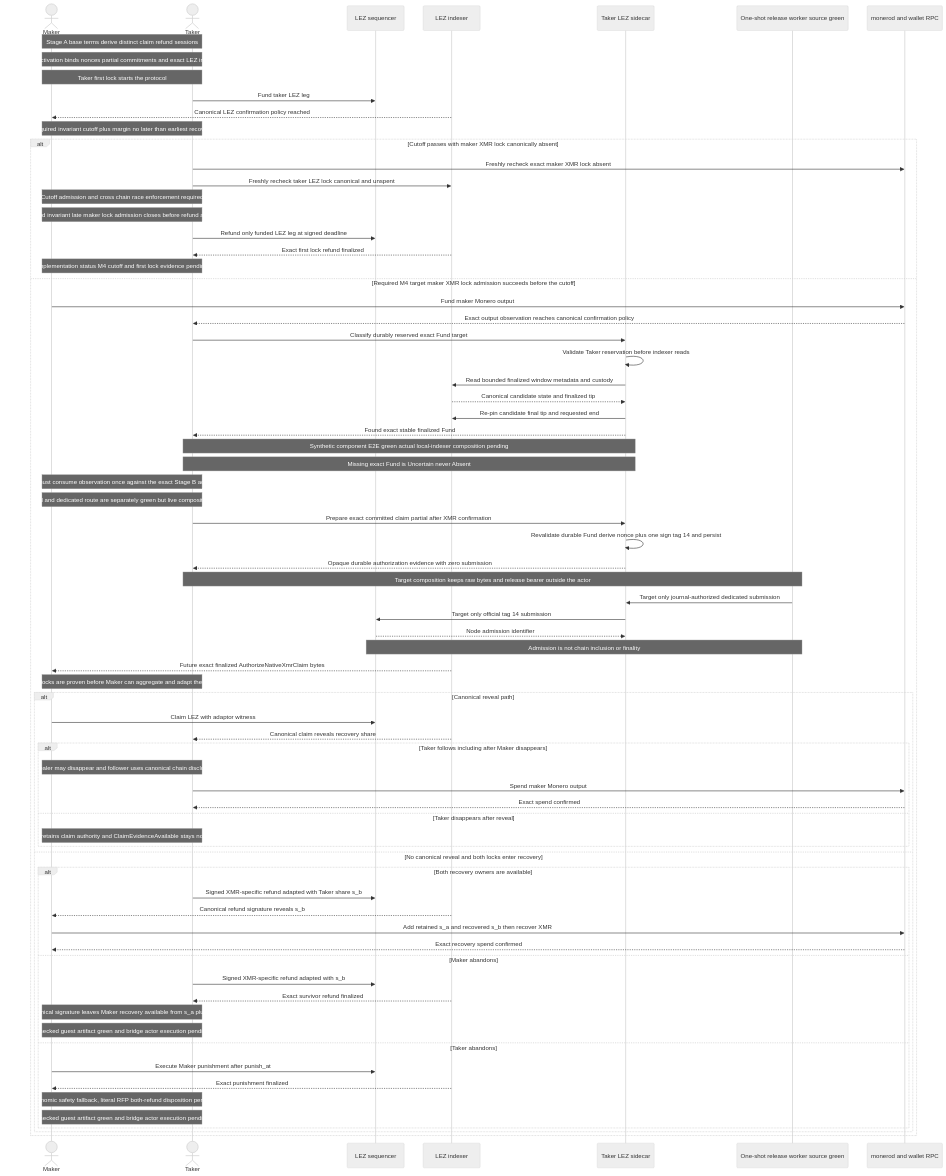
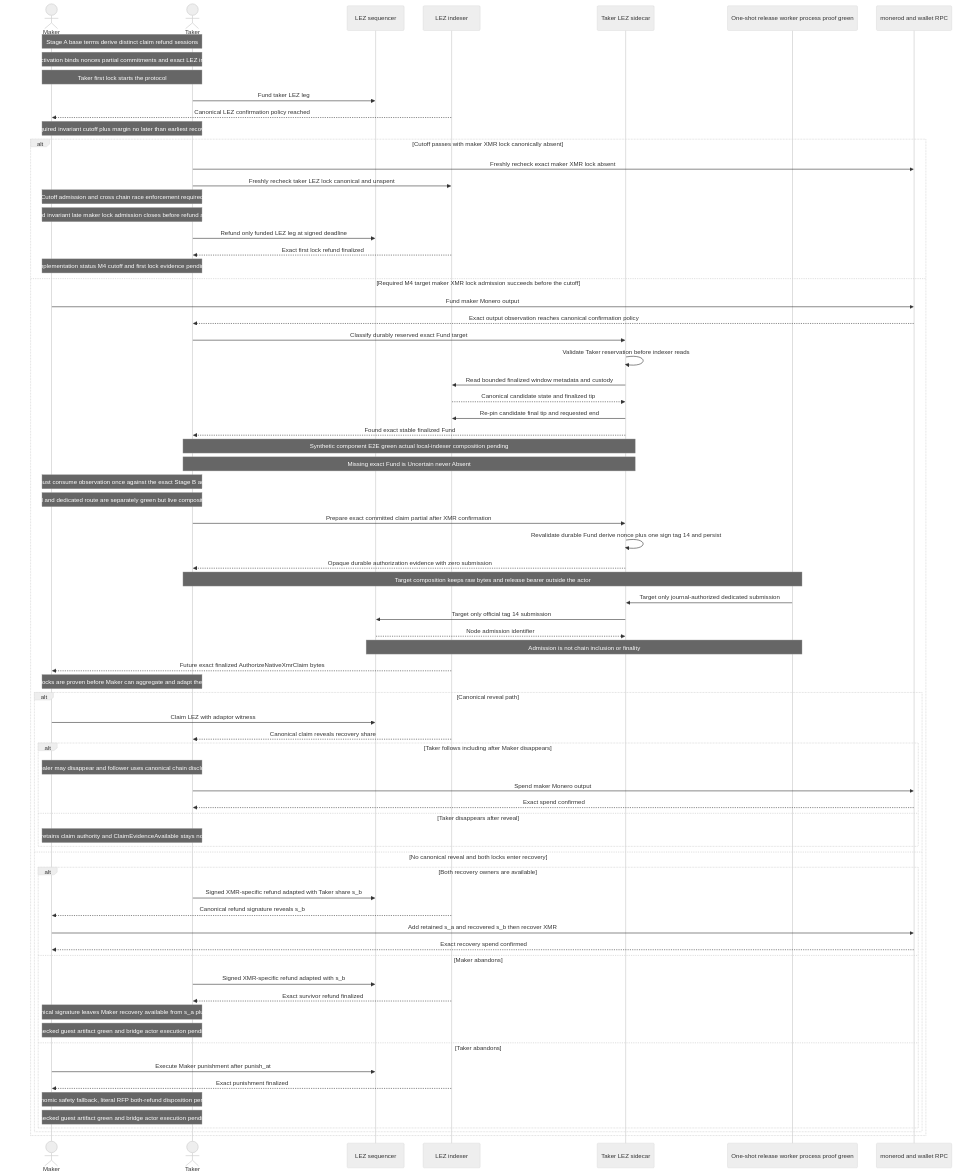
One commit to gateway-fm/lez-atomic-swaps changed diagram 23 of 28 in docs/architecture/system-architecture.md. Above: the diagram before and after it, drawn with Mermaid (neutral theme). The commit also changed other lines of this file and 17 other files, not shown here.

Commit message:
test(m4): prove release worker process restart

````diff
--- a/docs/architecture/system-architecture.md
+++ b/docs/architecture/system-architecture.md
@@ -2290,77 +2291,77 @@
 ```mermaid
 sequenceDiagram
     actor Maker
     actor Taker
     participant LezSeq as LEZ sequencer
     participant LezIdx as LEZ indexer
     participant LezSidecar as Taker LEZ sidecar
-    participant Release as One-shot release worker source green
+    participant Release as One-shot release worker process proof green
     participant Monero as monerod and wallet RPC
 
     Note over Maker,Taker: Stage A base terms derive distinct claim refund sessions
     Note over Maker,Taker: Stage B activation binds nonces partial commitments and exact LEZ initialization
     Note over Maker,Taker: Taker first lock starts the protocol
     Taker->>LezSeq: Fund taker LEZ leg
     LezIdx-->>Maker: Canonical LEZ confirmation policy reached
     Note over Maker,Taker: Required invariant cutoff plus margin no later than earliest recovery
     alt Cutoff passes with maker XMR lock canonically absent
         Taker->>Monero: Freshly recheck exact maker XMR lock absent
         Taker->>LezIdx: Freshly recheck taker LEZ lock canonical and unspent
         Note over Maker,Taker: Cutoff admission and cross chain race enforcement required
         Note over Maker,Taker: Required invariant late maker lock admission closes before refund authority
         Taker->>LezSeq: Refund only funded LEZ leg at signed deadline
         LezIdx-->>Taker: Exact first lock refund finalized
         Note over Maker,Taker: Implementation status M4 cutoff and first lock evidence pending
     else Required M4 target maker XMR lock admission succeeds before the cutoff
         Maker->>Monero: Fund maker Monero output
         Monero-->>Taker: Exact output observation reaches canonical confirmation policy
         Taker->>LezSidecar: Classify durably reserved exact Fund target
         LezSidecar->>LezSidecar: Validate Taker reservation before indexer reads
         LezSidecar->>LezIdx: Read bounded finalized window metadata and custody
         LezIdx-->>LezSidecar: Canonical candidate state and finalized tip
         LezSidecar->>LezIdx: Re-pin candidate final tip and requested end
         LezSidecar-->>Taker: Found exact stable finalized Fund
         Note over Taker,LezSidecar: Synthetic component E2E green actual local-indexer composition pending
         Note over Taker,LezSidecar: Missing exact Fund is Uncertain never Absent
         Note over Maker,Taker: Taker must consume observation once against the exact Stage B activation
         Note over Maker,Taker: Sealed journal and dedicated route are separately green but live composition is pending
         Taker->>LezSidecar: Prepare exact committed claim partial after XMR confirmation
         LezSidecar->>LezSidecar: Revalidate durable Fund derive nonce plus one sign tag 14 and persist
         LezSidecar-->>Taker: Opaque durable authorization evidence with zero submission
         Note over Taker,Release: Target composition keeps raw bytes and release bearer outside the actor
         Release->>LezSidecar: Target only journal-authorized dedicated submission
         LezSidecar->>LezSeq: Target only official tag 14 submission
         LezSeq-->>LezSidecar: Node admission identifier
         Note over Release,LezSeq: Admission is not chain inclusion or finality
         LezIdx-->>Maker: Future exact finalized AuthorizeNativeXmrClaim bytes
         Note over Maker,Taker: Both locks are proven before Maker can aggregate and adapt the claim
         alt Canonical reveal path
             Maker->>LezSeq: Claim LEZ with adaptor witness
             LezIdx-->>Taker: Canonical claim reveals recovery share
             alt Taker follows including after Maker disappears
                 Note over Maker,Taker: Revealer may disappear and follower uses canonical chain disclosure
                 Taker->>Monero: Spend maker Monero output
                 Monero-->>Taker: Exact spend confirmed
             else Taker disappears after reveal
                 Note over Maker,Taker: Follower retains claim authority and ClaimEvidenceAvailable stays nonterminal
             end
         else No canonical reveal and both locks enter recovery
             alt Both recovery owners are available
                 Taker->>LezSeq: Signed XMR-specific refund adapted with Taker share s_b
                 LezIdx-->>Maker: Canonical refund signature reveals s_b
                 Maker->>Monero: Add retained s_a and recovered s_b then recover XMR
                 Monero-->>Maker: Exact recovery spend confirmed
             else Maker abandons
                 Taker->>LezSeq: Signed XMR-specific refund adapted with s_b
                 LezIdx-->>Taker: Exact survivor refund finalized
                 Note over Maker,Taker: Canonical signature leaves Maker recovery available from s_a plus s_b
                 Note over Maker,Taker: Checked guest artifact green and bridge actor execution pending
             else Taker abandons
                 Maker->>LezSeq: Execute Maker punishment after punish_at
                 LezIdx-->>Maker: Exact punishment finalized
                 Note over Maker,Taker: COMIT economic safety fallback, literal RFP both-refund disposition pending review
                 Note over Maker,Taker: Checked guest artifact green and bridge actor execution pending
             end
         end
     end
 ```
````
